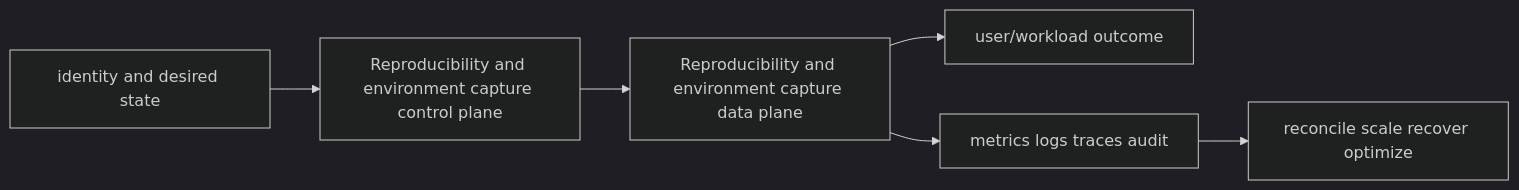
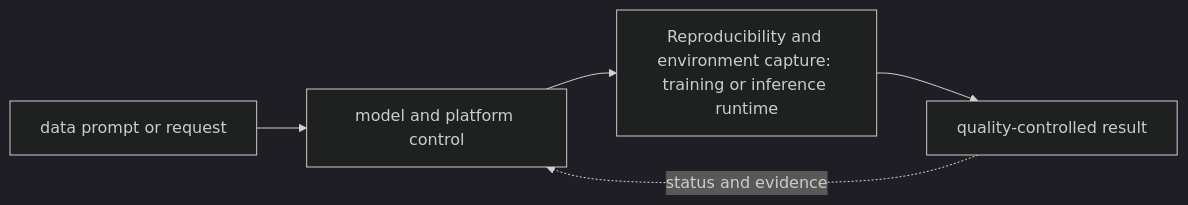
One commit to tomkidumbuyo/DevOps-interview-preparation changed the diagram in 11-ai-platform/08-mlops-and-llmops-lifecycle/09-reproducibility-environments/README.md. Above: the diagram before and after it, drawn with Mermaid (dark theme). The commit also changed other lines of this file and 753 other files, not shown here.

````diff
--- a/11-ai-platform/08-mlops-and-llmops-lifecycle/09-reproducibility-environments/README.md
+++ b/11-ai-platform/08-mlops-and-llmops-lifecycle/09-reproducibility-environments/README.md
@@ -19,8 +31,7 @@
 ```mermaid
 flowchart LR
-  I[identity and desired state] --> C[Reproducibility and environment capture control plane]
-  C --> D[Reproducibility and environment capture data plane]
-  D --> U[user/workload outcome]
-  D --> O[metrics logs traces audit]
-  O --> R[reconcile scale recover optimize]
+  A["data prompt or request"] --> B["model and platform control"]
+  B --> C["Reproducibility and environment capture: training or inference runtime"]
+  C --> D["quality-controlled result"]
+  D -. "status and evidence" .-> B
 ```
````
